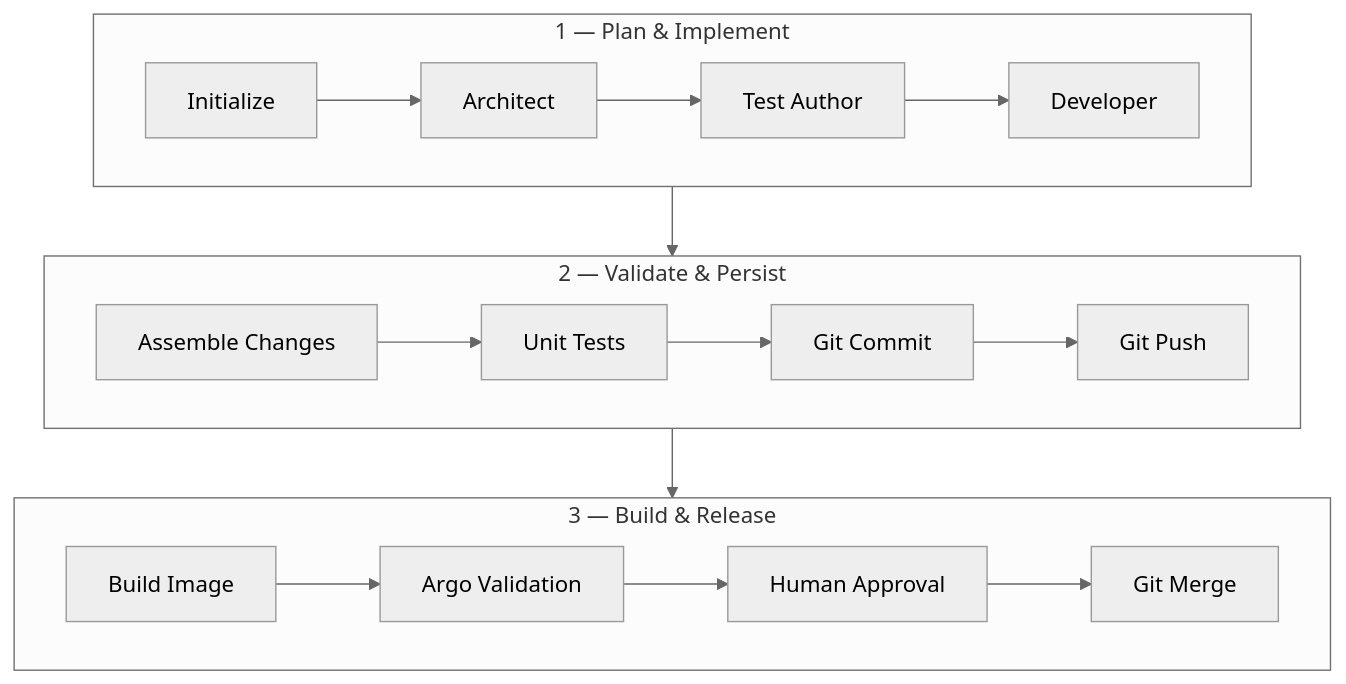
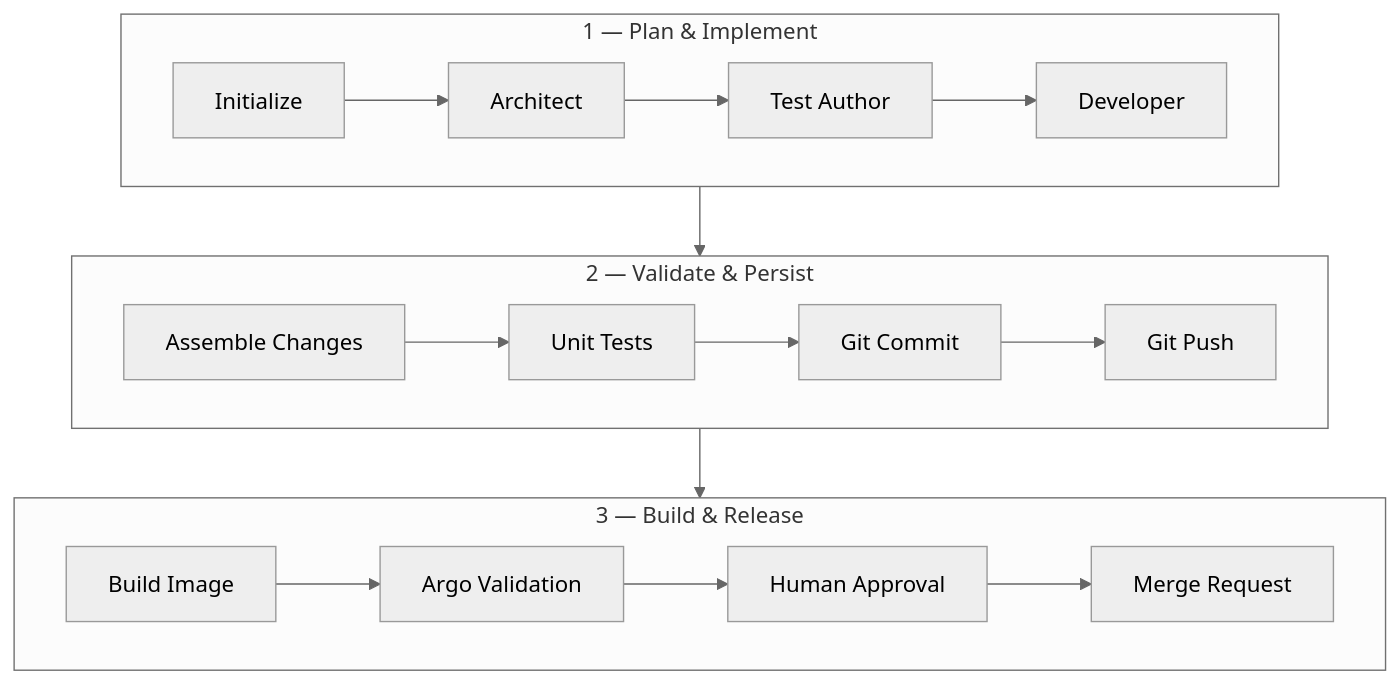
Before and after one commit to RampantBias/SovereignAI: the diagram in docs/presentation/demo.md, drawn with Mermaid (neutral theme). The commit also changed 8 other files, not shown here.

First line of the commit message:
wrap-up of merge request methodology;

````diff
--- a/docs/presentation/demo.md
+++ b/docs/presentation/demo.md
@@ -2,20 +2,20 @@
 ```mermaid
 flowchart TB
 
     subgraph P1["1 — Plan & Implement"]
         direction LR
         A[Initialize] --> B[Architect] --> C[Test Author] --> D[Developer]
     end
 
     subgraph P2["2 — Validate & Persist"]
         direction LR
         E[Assemble Changes] --> F[Unit Tests] --> G[Git Commit] --> H[Git Push]
     end
 
     subgraph P3["3 — Build & Release"]
         direction LR
-        I[Build Image] --> J[Argo Validation] --> K[Human Approval] --> L[Git Merge]
+        I[Build Image] --> J[Argo Validation] --> K[Human Approval] --> L[Merge Request]
     end
 
     P1 --> P2 --> P3
 ```
````
